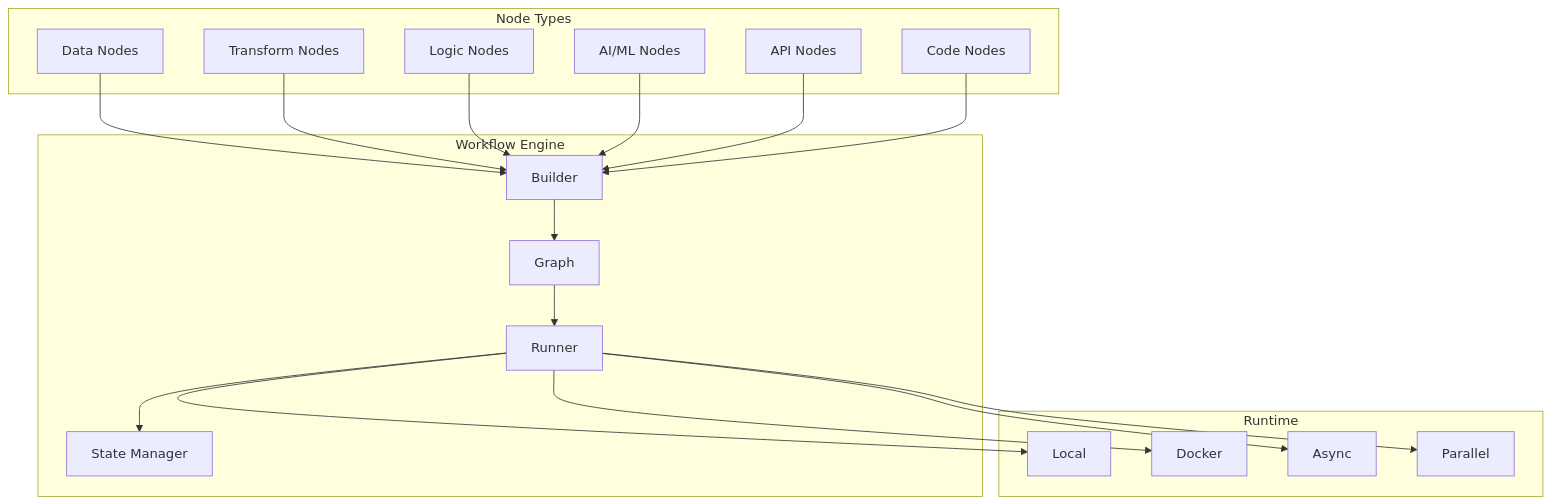
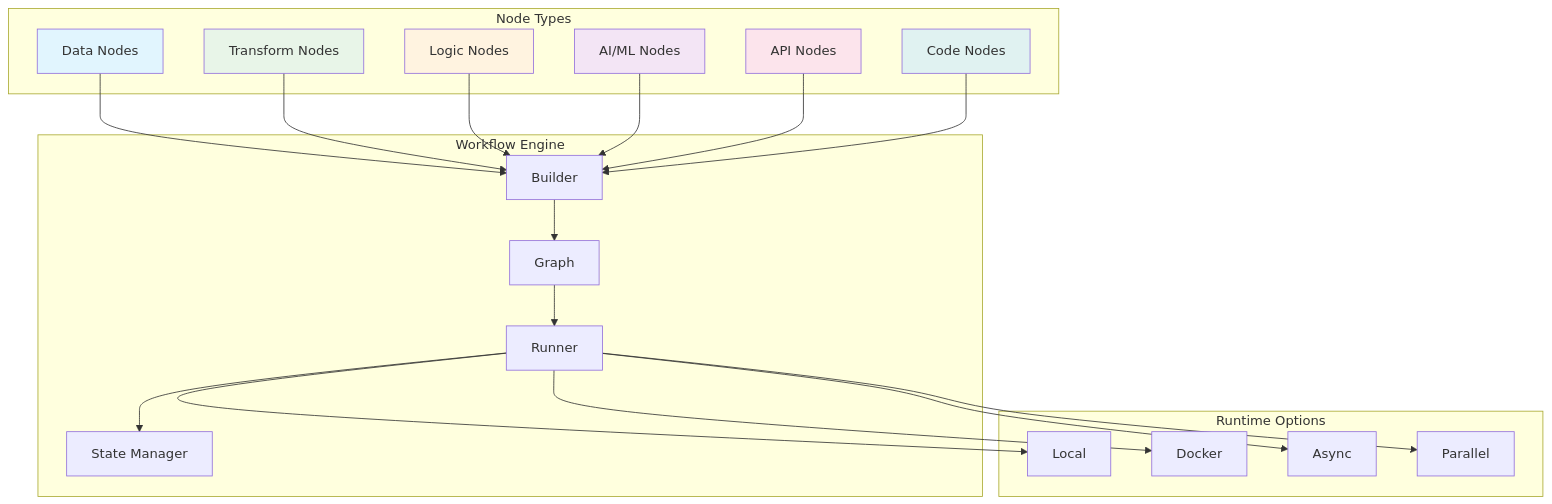
The diagram in docs/api/index.rst (terrene-foundation/kailash-py), drawn with Mermaid before and after one commit. The commit also changed other lines of this file and 4 other files, not shown here.

First line of the commit message:
fix: Resolve Mermaid diagram syntax errors and pre-commit hook conflicts

```diff
--- a/docs/api/index.rst
+++ b/docs/api/index.rst
@@ -142,41 +148,48 @@
 .. mermaid::
 
    graph TB
-       subgraph "Node Types"
+       subgraph NodeTypes["Node Types"]
            A[Data Nodes]
            B[Transform Nodes]
            C[Logic Nodes]
            D[AI/ML Nodes]
            E[API Nodes]
            F[Code Nodes]
        end
 
-       subgraph "Workflow Engine"
+       subgraph WorkflowEngine["Workflow Engine"]
            G[Builder]
            H[Graph]
            I[Runner]
            J[State Manager]
        end
 
-       subgraph "Runtime"
+       subgraph Runtime["Runtime Options"]
            K[Local]
            L[Docker]
            M[Async]
            N[Parallel]
        end
 
        A --> G
        B --> G
        C --> G
        D --> G
        E --> G
        F --> G
 
        G --> H
        H --> I
        I --> J
 
        I --> K
        I --> L
        I --> M
        I --> N
+
+       style A fill:#e1f5fe
+       style B fill:#e8f5e8
+       style C fill:#fff3e0
+       style D fill:#f3e5f5
+       style E fill:#fce4ec
+       style F fill:#e0f2f1
```
